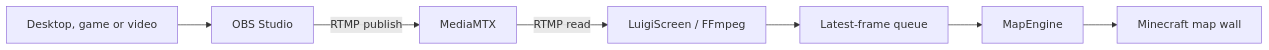
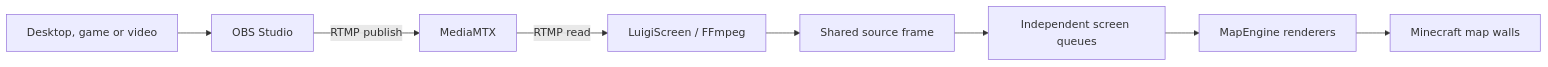
The diagram in concepts/how-it-works.md (unknown-566/LuigiScreen-Wiki), drawn with Mermaid before and after one commit. The commit also changed other lines of this file and 12 other files, not shown here.

Commit message:
Document multi-screen cloning and shared sources

````diff
--- a/concepts/how-it-works.md
+++ b/concepts/how-it-works.md
@@ -5,9 +5,10 @@
 ```mermaid
 flowchart LR
     A["Desktop, game or video"] --> B["OBS Studio"]
     B -->|RTMP publish| C["MediaMTX"]
     C -->|RTMP read| D["LuigiScreen / FFmpeg"]
-    D --> E["Latest-frame queue"]
-    E --> F["MapEngine"]
-    F --> G["Minecraft map wall"]
+    D --> E["Shared source frame"]
+    E --> F["Independent screen queues"]
+    F --> G["MapEngine renderers"]
+    G --> H["Minecraft map walls"]
 ```
````
